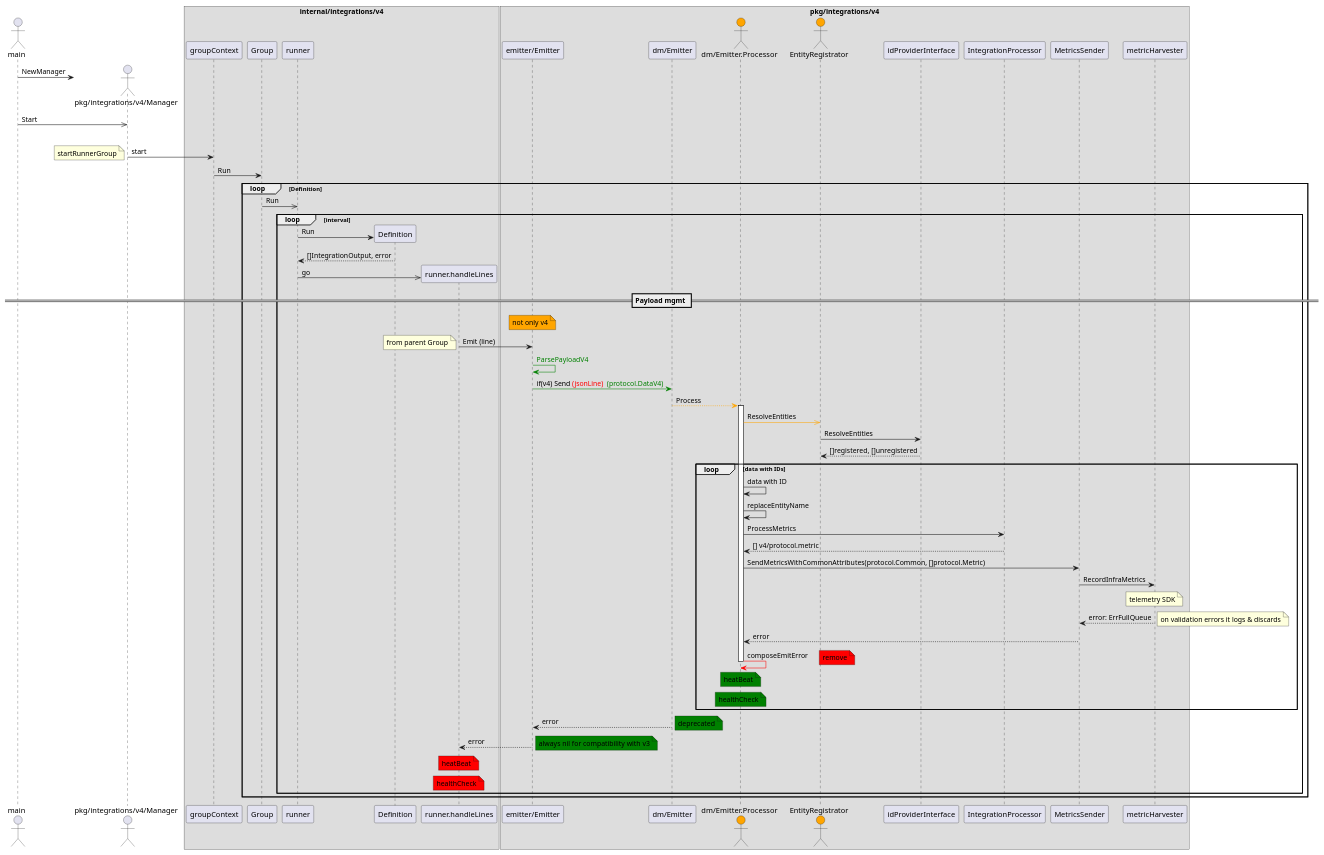
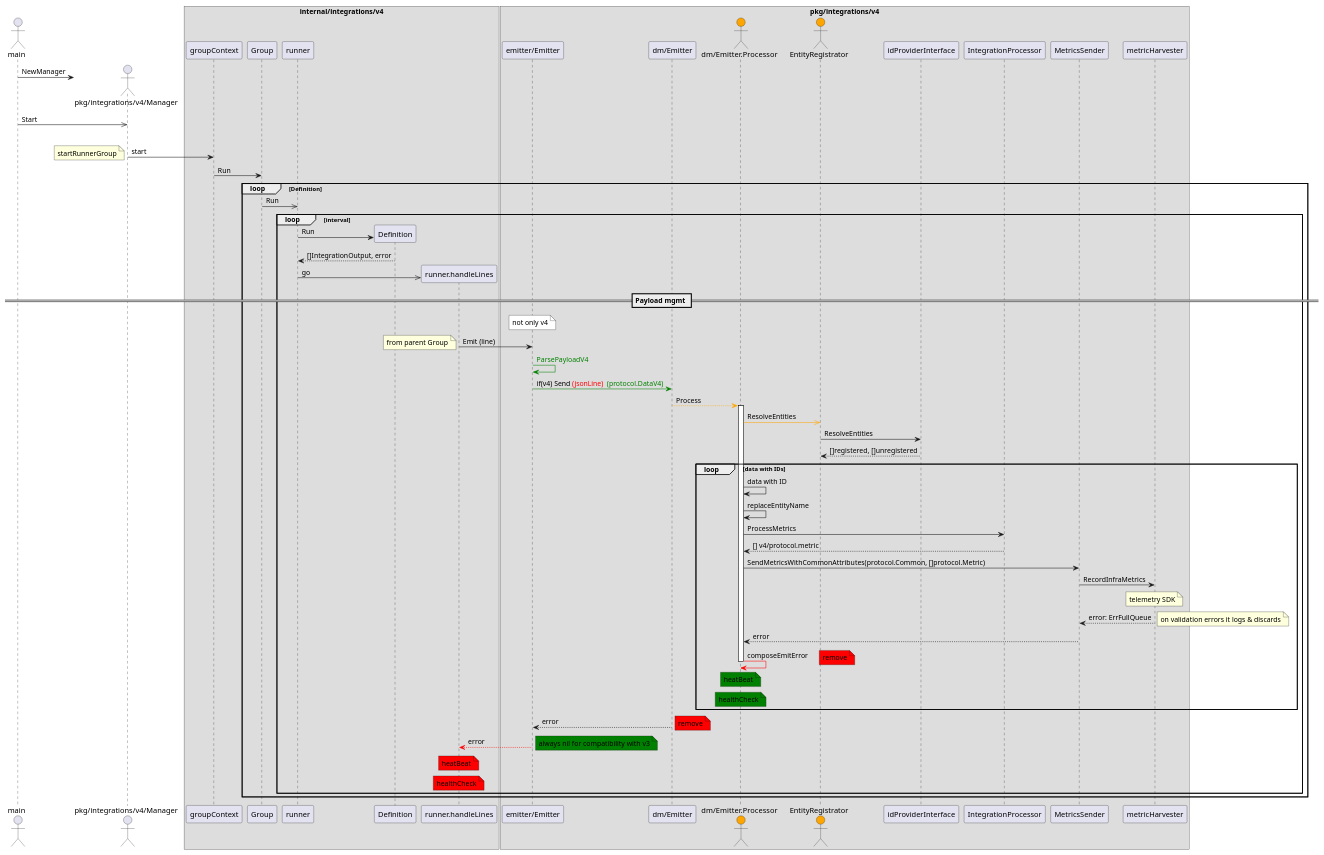
One commit to newrelic/infrastructure-agent changed the diagram in pkg/integrations/v4/sequence.plantuml. Above: the diagram before and after it, drawn with PlantUML.

Commit message:
docs: sequence diagram update

```diff
--- a/pkg/integrations/v4/sequence.plantuml
+++ b/pkg/integrations/v4/sequence.plantuml
@@ -1,103 +1,103 @@
 @startuml
 
 actor main
 actor "pkg/integrations/v4/Manager"
 create "pkg/integrations/v4/Manager"
 main -> "pkg/integrations/v4/Manager": NewManager
 
 main ->> "pkg/integrations/v4/Manager": Start
 
 'create  "pkg/integrations/v4/emitter"
 
 box "internal/integrations/v4"
 
 loop groupContext
 
     "pkg/integrations/v4/Manager" -> "groupContext" : start
     note left: startRunnerGroup
     "groupContext" -> Group : Run
 
     loop Definition
         Group ->> runner : Run
 
         loop interval
 
         create Definition
         runner -> Definition : Run
         runner <-- Definition : []IntegrationOutput, error
 
         create "runner.handleLines"
         runner ->> "runner.handleLines" : go
 
 end box
 
 box "pkg/integrations/v4"
 
         == Payload mgmt ==
 
-        note over "emitter/Emitter" #orange : not only v4
+        note over "emitter/Emitter" #white : not only v4
 
         "runner.handleLines" -> "emitter/Emitter" : Emit (line)
         note left : from parent Group
 
         "emitter/Emitter" -[#green]> "emitter/Emitter" : <font color=green>ParsePayloadV4
 
 
         "emitter/Emitter" -[#green]> "dm/Emitter" : if(v4) Send <font color=red>(jsonLine)  <font color=green>(protocol.DataV4)
 
         actor "dm/Emitter.Processor" #orange
 
          "dm/Emitter" --[#orange]> "dm/Emitter.Processor" : Process
         activate "dm/Emitter.Processor"
 
         actor EntityRegistrator #orange
 
         "dm/Emitter.Processor" -[#orange]>> EntityRegistrator : ResolveEntities
         EntityRegistrator -> idProviderInterface : ResolveEntities
         EntityRegistrator <-- idProviderInterface : []registered, []unregistered
 '        "dm/Emitter.Processor" <[#orange]-- EntityRegistrator : []registered, []unregistered
 
         loop data with IDs
 
         "dm/Emitter.Processor" -> "dm/Emitter.Processor" : data with ID
         "dm/Emitter.Processor" -> "dm/Emitter.Processor" : replaceEntityName
 
         "dm/Emitter.Processor" -> "IntegrationProcessor" : ProcessMetrics
         "dm/Emitter.Processor" <-- "IntegrationProcessor" : [] v4/protocol.metric
 
         "dm/Emitter.Processor" -> MetricsSender : SendMetricsWithCommonAttributes(protocol.Common, []protocol.Metric)
 
         MetricsSender -> metricHarvester : RecordInfraMetrics
 
         note over metricHarvester : telemetry SDK
 
         MetricsSender <-- metricHarvester : error: ErrFullQueue
         note right : on validation errors it logs & discards
 
         "dm/Emitter.Processor" <-- MetricsSender : error
 
         "dm/Emitter.Processor" -[#red]> "dm/Emitter.Processor" : composeEmitError
         note right #red : remove
         note over "dm/Emitter.Processor" #green : heatBeat
         note over "dm/Emitter.Processor" #green : healthCheck
 
         deactivate "dm/Emitter.Processor"
 
         end
 
         "emitter/Emitter" <-- "dm/Emitter" : error
-        note right #green : deprecated
+        note right #red : remove
 
-        "runner.handleLines" <-- "emitter/Emitter" : error
+        "runner.handleLines" <[#red]-- "emitter/Emitter" : error
         note right #green : always nil for compatibility with v3
 
         note over "runner.handleLines" #red : heatBeat
         note over "runner.handleLines" #red : healthCheck
 
     end
 
 end
 
 end box
 
 @enduml
```
